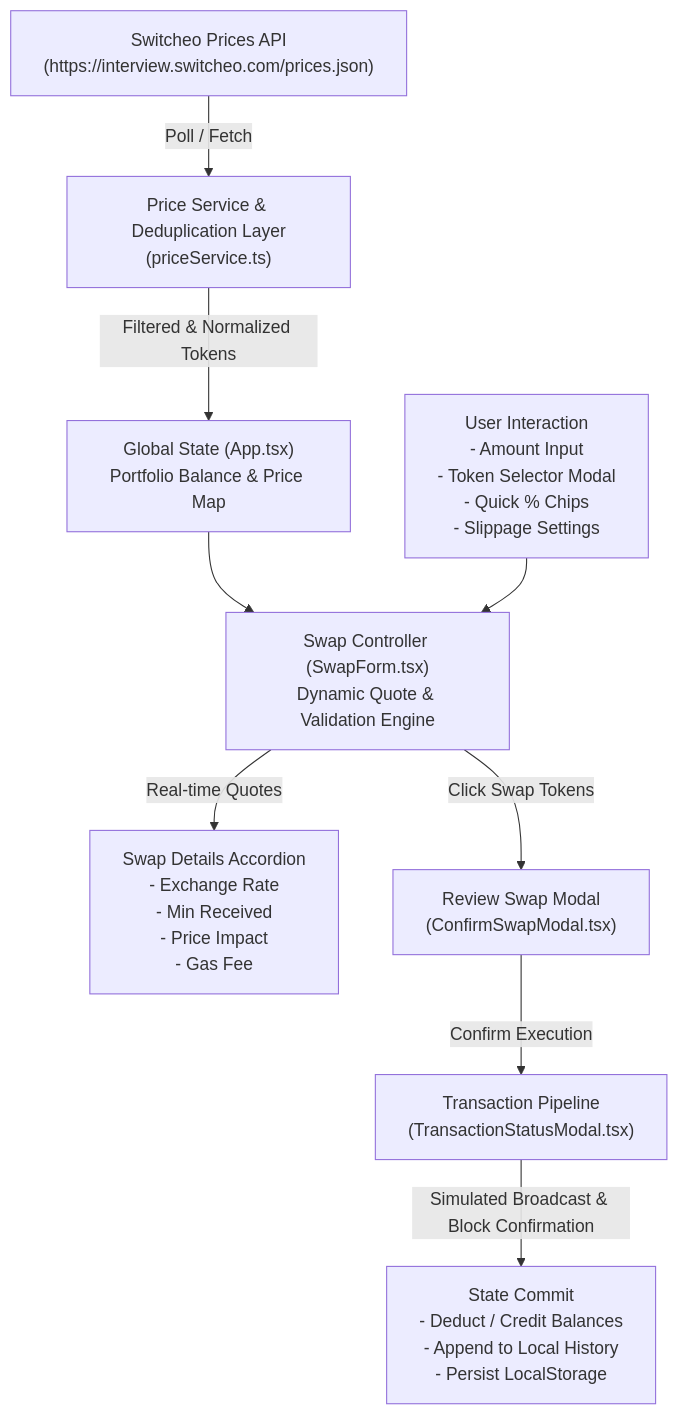
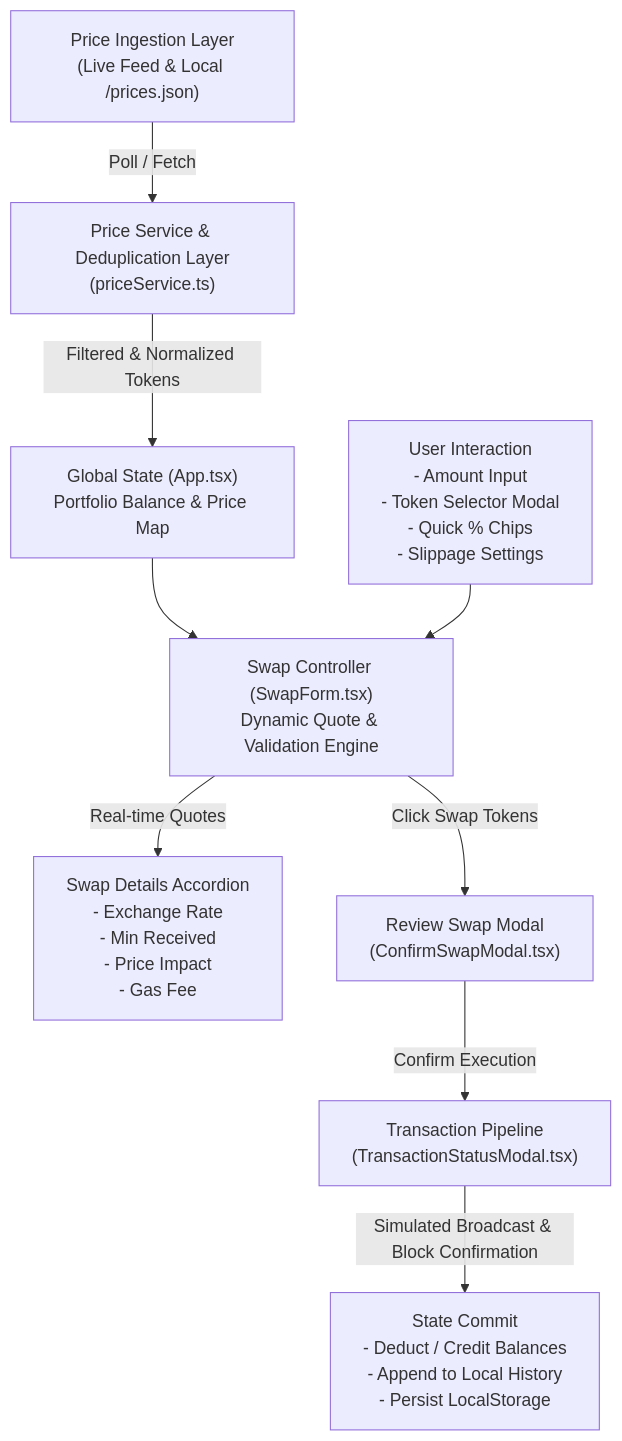
Before and after one commit to ga2631/99tech-code-challenge: the diagram in docs/features/problem2-fancy-form.md, drawn with Mermaid. The commit also changed other lines of this file and 1 other file, not shown here.

Commit message:
docs(problem2-fancy-form): update documentation and diagrams to reference local static assets

````diff
--- a/docs/features/problem2-fancy-form.md
+++ b/docs/features/problem2-fancy-form.md
@@ -7,15 +7,15 @@
 ```mermaid
 flowchart TD
-    A["Switcheo Prices API<br/>(https://interview.switcheo.com/prices.json)"] -->|Poll / Fetch| B["Price Service & Deduplication Layer<br/>(priceService.ts)"]
+    A["Price Ingestion Layer<br/>(Live Feed & Local /prices.json)"] -->|Poll / Fetch| B["Price Service & Deduplication Layer<br/>(priceService.ts)"]
     B -->|Filtered & Normalized Tokens| C["Global State (App.tsx)<br/>Portfolio Balance & Price Map"]
     C --> D["Swap Controller (SwapForm.tsx)<br/>Dynamic Quote & Validation Engine"]
     
     E["User Interaction<br/>- Amount Input<br/>- Token Selector Modal<br/>- Quick % Chips<br/>- Slippage Settings"] --> D
     
     D -->|Real-time Quotes| F["Swap Details Accordion<br/>- Exchange Rate<br/>- Min Received<br/>- Price Impact<br/>- Gas Fee"]
     
     D -->|Click Swap Tokens| G["Review Swap Modal<br/>(ConfirmSwapModal.tsx)"]
     G -->|Confirm Execution| H["Transaction Pipeline<br/>(TransactionStatusModal.tsx)"]
     
     H -->|Simulated Broadcast & Block Confirmation| I["State Commit<br/>- Deduct / Credit Balances<br/>- Append to Local History<br/>- Persist LocalStorage"]
 ```
````
